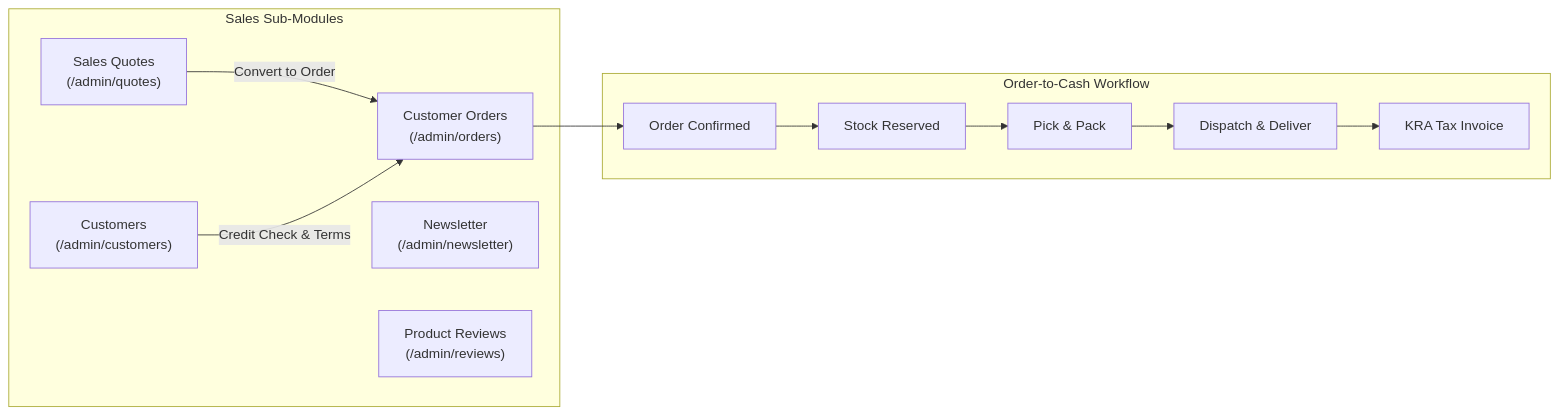
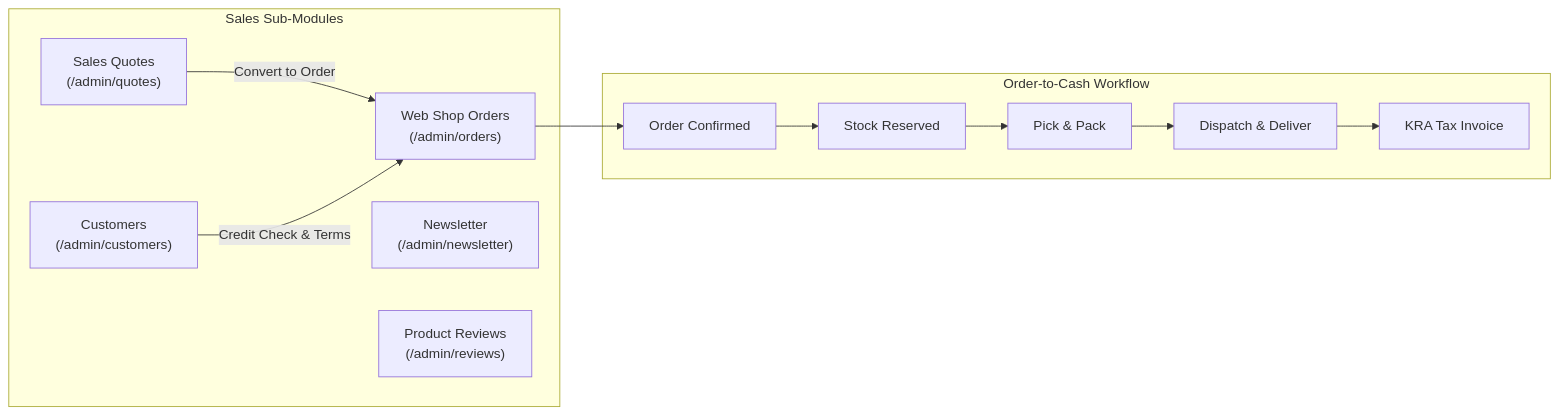
Before and after one commit to paullaster/qsell: the second of 2 diagrams in docs/implementor-guide/03-sales-quotes-and-customer-orders.md, drawn with Mermaid. The commit also changed other lines of this file and 72 other files, not shown here.

````diff
--- a/docs/implementor-guide/03-sales-quotes-and-customer-orders.md
+++ b/docs/implementor-guide/03-sales-quotes-and-customer-orders.md
@@ -54,26 +54,26 @@
 ```mermaid
 graph LR
     subgraph SalesSubModules["Sales Sub-Modules"]
         Q["Sales Quotes\n(/admin/quotes)"]
-        O["Customer Orders\n(/admin/orders)"]
+        O["Web Shop Orders\n(/admin/orders)"]
         C["Customers\n(/admin/customers)"]
         N["Newsletter\n(/admin/newsletter)"]
         R["Product Reviews\n(/admin/reviews)"]
     end
 
     subgraph FulfillmentFlow["Order-to-Cash Workflow"]
         CONF["Order Confirmed"]
         STK["Stock Reserved"]
         PICK["Pick & Pack"]
         SHIP["Dispatch & Deliver"]
         INV["KRA Tax Invoice"]
     end
 
     Q -- "Convert to Order" --> O
     C -- "Credit Check & Terms" --> O
     O --> CONF
     CONF --> STK
     STK --> PICK
     PICK --> SHIP
     SHIP --> INV
 ```
````
